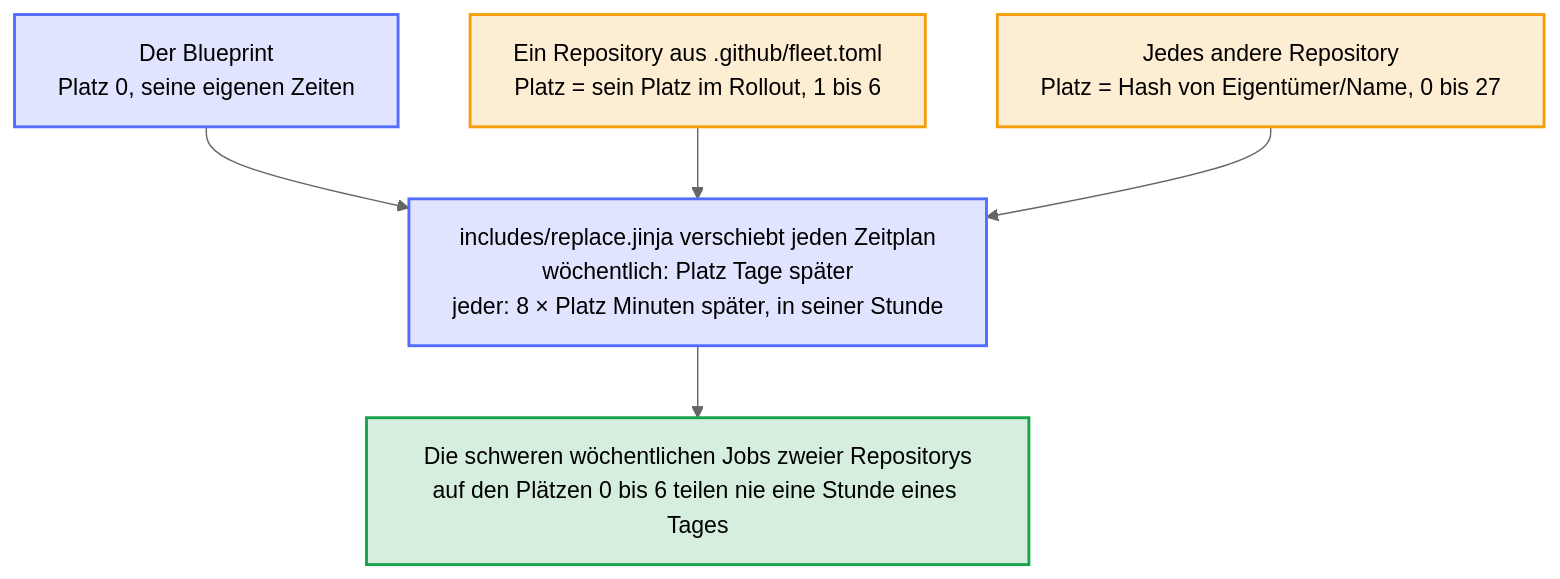
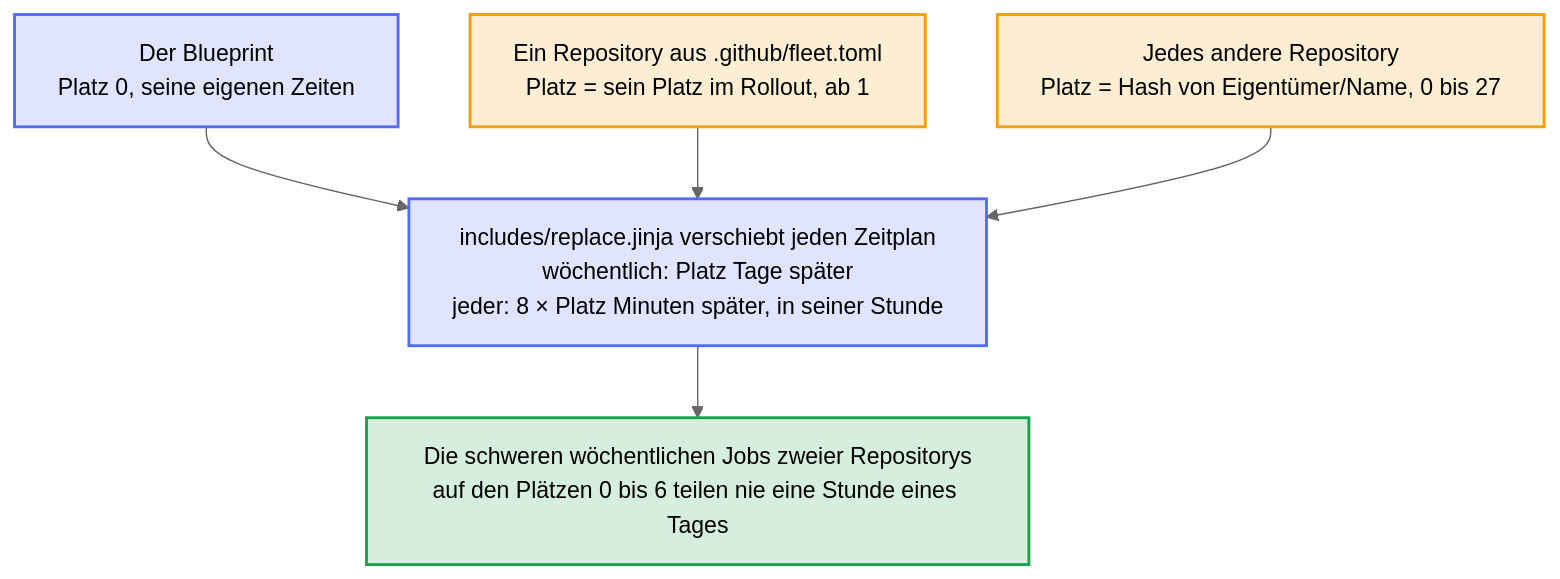
Before and after one commit to Dennis-Otto/repo-blueprint: the diagram in docs/diagrams/when-the-schedules-of-a-repository-run.de.mmd, drawn with Mermaid (neutral theme). The commit also changed 18 other files, not shown here.

```diff
--- a/docs/diagrams/when-the-schedules-of-a-repository-run.de.mmd
+++ b/docs/diagrams/when-the-schedules-of-a-repository-run.de.mmd
@@ -1,26 +1,26 @@
 ---
 config:
   flowchart:
     wrappingWidth: 400
 ---
 flowchart TB
     accTitle: Wann die Zeitpläne eines Repositorys laufen
     accDescr: Der Blueprint hat Platz 0, ein Repository des Verzeichnisses seinen Platz im Rollout, jedes andere Repository einen Platz aus dem Hash seines Eigentümers und Namens. Jeder wöchentliche Zeitplan verschiebt sich um so viele Tage, jeder Zeitplan um 8 Minuten für jeden innerhalb seiner Stunde, sodass die schweren wöchentlichen Jobs zweier Repositorys auf den Plätzen 0 bis 6 nie eine Stunde eines Tages teilen.
 
     blueprint["Der Blueprint<br>Platz 0, seine eigenen Zeiten"]
-    fleet["Ein Repository aus .github/fleet.toml<br>Platz = sein Platz im Rollout, 1 bis 6"]
+    fleet["Ein Repository aus .github/fleet.toml<br>Platz = sein Platz im Rollout, ab 1"]
     other["Jedes andere Repository<br>Platz = Hash von Eigentümer/Name, 0 bis 27"]
     move["includes/replace.jinja verschiebt jeden Zeitplan<br>wöchentlich: Platz Tage später<br>jeder: 8 × Platz Minuten später, in seiner Stunde"]
     result["Die schweren wöchentlichen Jobs zweier Repositorys<br>auf den Plätzen 0 bis 6 teilen nie eine Stunde eines Tages"]
 
     blueprint --> move
     fleet --> move
     other --> move
     move --> result
 
     classDef bot fill:#526cfe2e,stroke:#526cfe,stroke-width:2px
     classDef person fill:#f59e0b2e,stroke:#f59e0b,stroke-width:2px
     classDef done fill:#16a34a2e,stroke:#16a34a,stroke-width:2px
     class blueprint,move bot
     class fleet,other person
     class result done
```
